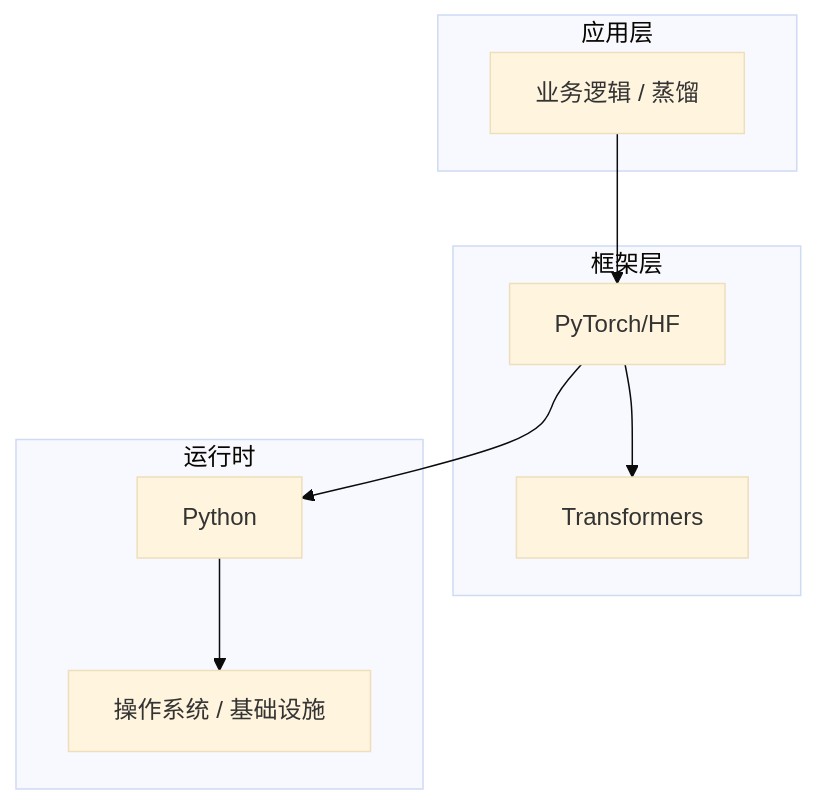
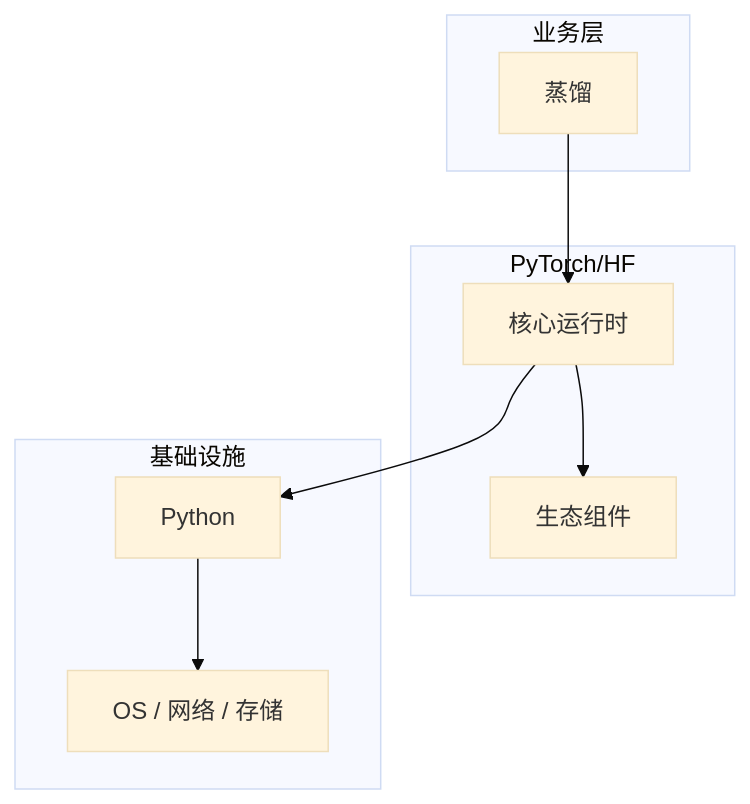
One commit to yanggan2015/knowledge-json-v2 changed the diagram in articles/大语言模型/chapters/130-蒸馏核心概念与原理.md. Above: the diagram before and after it, drawn with Mermaid (base theme). The commit also changed other lines of this file and 10127 other files, not shown here.

````diff
--- a/articles/大语言模型/chapters/130-蒸馏核心概念与原理.md
+++ b/articles/大语言模型/chapters/130-蒸馏核心概念与原理.md
@@ -45,18 +30,18 @@
 ```mermaid
 graph TB
-    subgraph 应用层
-        A[业务逻辑 / 蒸馏]
+    subgraph 业务层
+        A[蒸馏]
     end
-    subgraph 框架层
-        B[PyTorch/HF]
-        C[Transformers]
+    subgraph PyTorch/HF
+        B[核心运行时]
+        C[生态组件]
     end
-    subgraph 运行时
+    subgraph 基础设施
         D[Python]
-        E[操作系统 / 基础设施]
+        E[OS / 网络 / 存储]
     end
     A --> B
     B --> C
     B --> D
     D --> E
 ```
````
